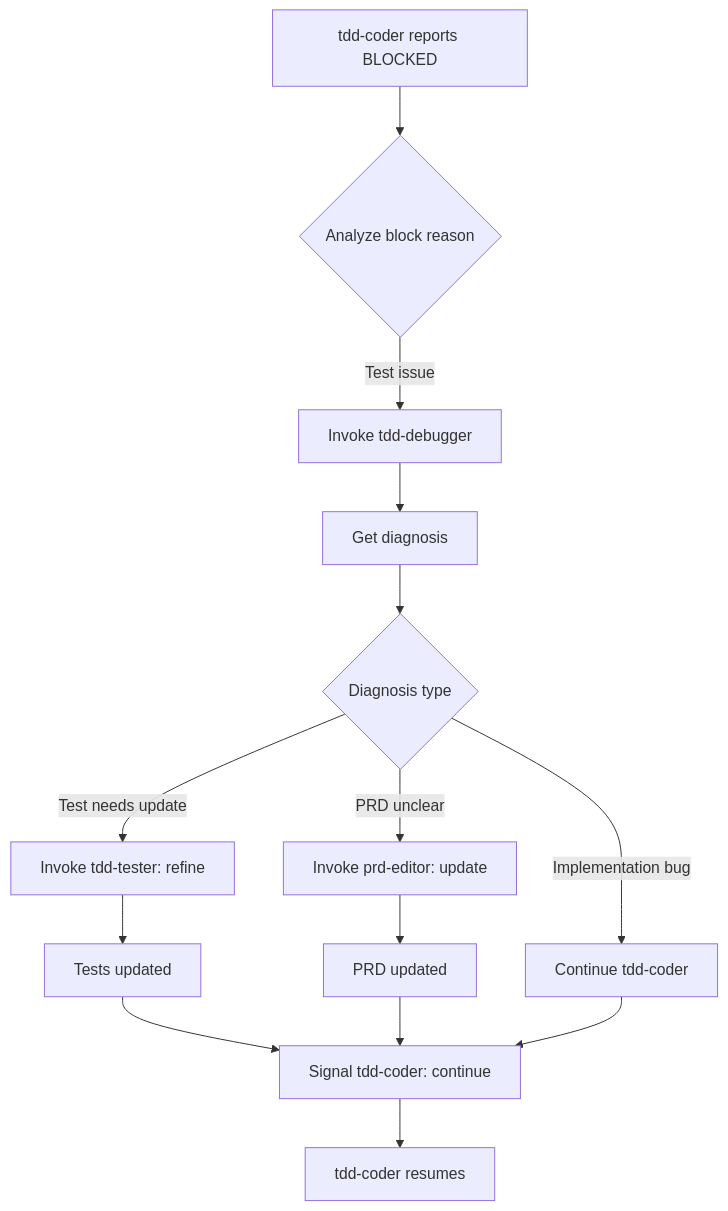
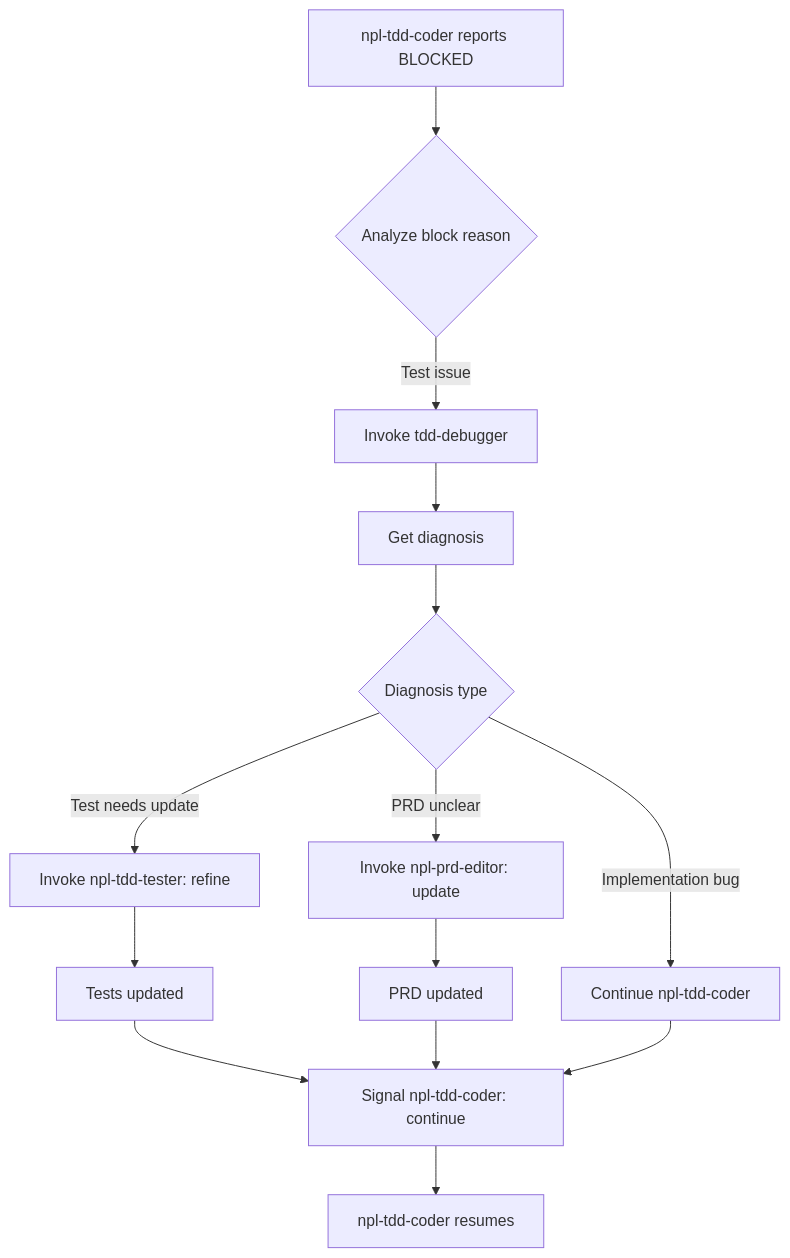
Before and after one commit to noizu-labs-ml/NoizuPromptLingo: the third of 3 diagrams in docs/arch/agent-orchestration.md, drawn with Mermaid. The commit also changed other lines of this file and 28 other files, not shown here.

First line of the commit message:
Update architecture and layout maintenance guides

````diff
--- a/docs/arch/agent-orchestration.md
+++ b/docs/arch/agent-orchestration.md
@@ -198,21 +198,21 @@
 ```mermaid
 flowchart TD
-    A[tdd-coder reports BLOCKED] --> B{Analyze block reason}
+    A[npl-tdd-coder reports BLOCKED] --> B{Analyze block reason}
     
     B -->|Test issue| C[Invoke tdd-debugger]
     C --> D[Get diagnosis]
     D --> E{Diagnosis type}
     
-    E -->|Test needs update| F[Invoke tdd-tester: refine]
-    E -->|PRD unclear| G[Invoke prd-editor: update]
-    E -->|Implementation bug| H[Continue tdd-coder]
+    E -->|Test needs update| F[Invoke npl-tdd-tester: refine]
+    E -->|PRD unclear| G[Invoke npl-prd-editor: update]
+    E -->|Implementation bug| H[Continue npl-tdd-coder]
     
     F --> I[Tests updated]
     G --> J[PRD updated]
     
-    I --> K[Signal tdd-coder: continue]
+    I --> K[Signal npl-tdd-coder: continue]
     J --> K
     H --> K
     
-    K --> L[tdd-coder resumes]
+    K --> L[npl-tdd-coder resumes]
 ```
````
